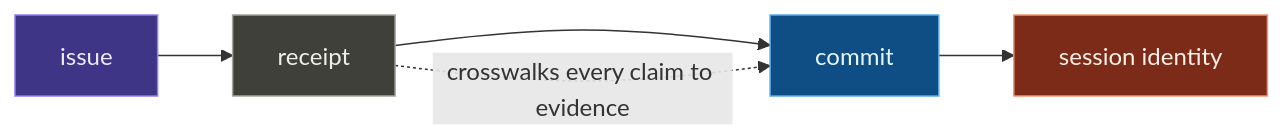
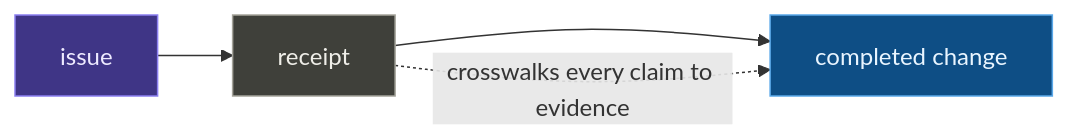
The third of 3 diagrams in docs/guide/mental-models.mdx (Duaility/governance-kit), drawn with Mermaid before and after one commit. The commit also changed other lines of this file and 124 other files, not shown here.

````diff
--- a/docs/guide/mental-models.mdx
+++ b/docs/guide/mental-models.mdx
@@ -92,14 +92,13 @@
 ```mermaid
 flowchart LR
-  I["issue"] --> R["receipt"] --> C["commit"] --> S["session identity"]
+  I["issue"] --> R["receipt"] --> C["completed change"]
   R -.->|"crosswalks every claim to evidence"| C
 
   classDef human fill:#3f3586,stroke:#8b7ff0,color:#eeeaff
   classDef record fill:#3f403a,stroke:#a5a49b,color:#efeee8
   classDef agent fill:#0e4e85,stroke:#5aa8e9,color:#e9f5ff
   classDef gate fill:#7b2b17,stroke:#ef9673,color:#fff0e8
   class I human
   class R record
   class C agent
-  class S gate
 ```
````
